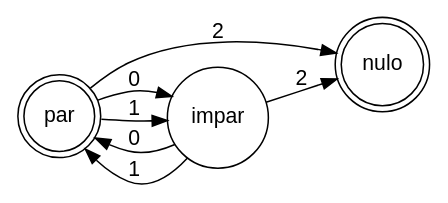
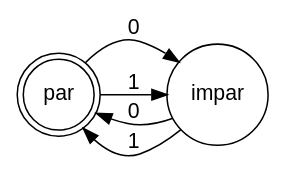
The diagram in afds/afd_exemplo.dot (lucNovais/AFDTool), drawn with Graphviz before and after one commit. The commit also changed 6 other files, not shown here.

```diff
--- a/afds/afd_exemplo.dot
+++ b/afds/afd_exemplo.dot
@@ -1,14 +1,12 @@
 digraph finite_state_machine {
 	fontname="Helvetica,Arial,sans-serif"
 	node [fontname="Helvetica,Arial,sans-serif"]
 	edge [fontname="Helvetica,Arial,sans-serif"]
 	rankdir=LR;
-	node [shape = doublecircle]; par nulo;
+	node [shape = doublecircle]; par;
 	node [shape = circle];
 	par -> impar [label = "0"];
 	par -> impar [label = "1"];
 	impar -> par [label = "0"];
 	impar -> par [label = "1"];
-	par -> nulo [label = "2"];
-	impar -> nulo [label = "2"];
 }
```
